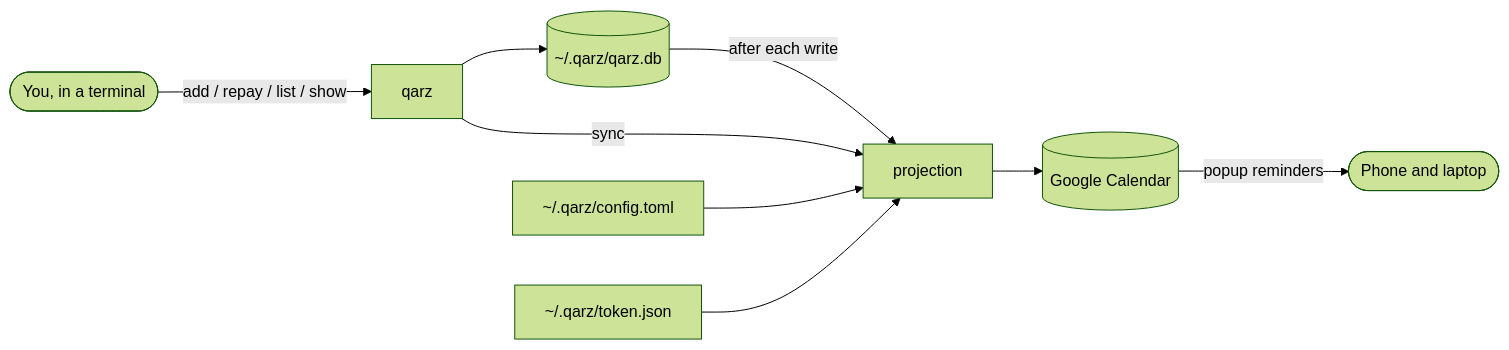
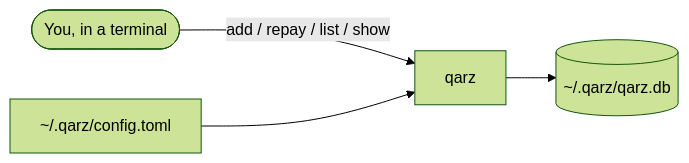
One commit to KhizerRehan/qarz-cli changed the diagram in README.md. Above: the diagram before and after it, drawn with Mermaid (forest theme). The commit also changed other lines of this file and 28 other files, not shown here.

First line of the commit message:
refactor!: remove google calendar integration

````diff
--- a/README.md
+++ b/README.md
@@ -14,11 +14,6 @@
 ```mermaid
 flowchart LR
     You([You, in a terminal]) -->|add / repay / list / show| CLI[qarz]
+    Config[~/.qarz/config.toml] --> CLI
     CLI --> DB[(~/.qarz/qarz.db)]
-    DB -->|after each write| Projection[projection]
-    Projection --> GCal[(Google Calendar)]
-    GCal -->|popup reminders| Devices([Phone and laptop])
-    CLI -->|sync| Projection
-    Config[~/.qarz/config.toml] --> Projection
-    Token[~/.qarz/token.json] --> Projection
 ```
````
